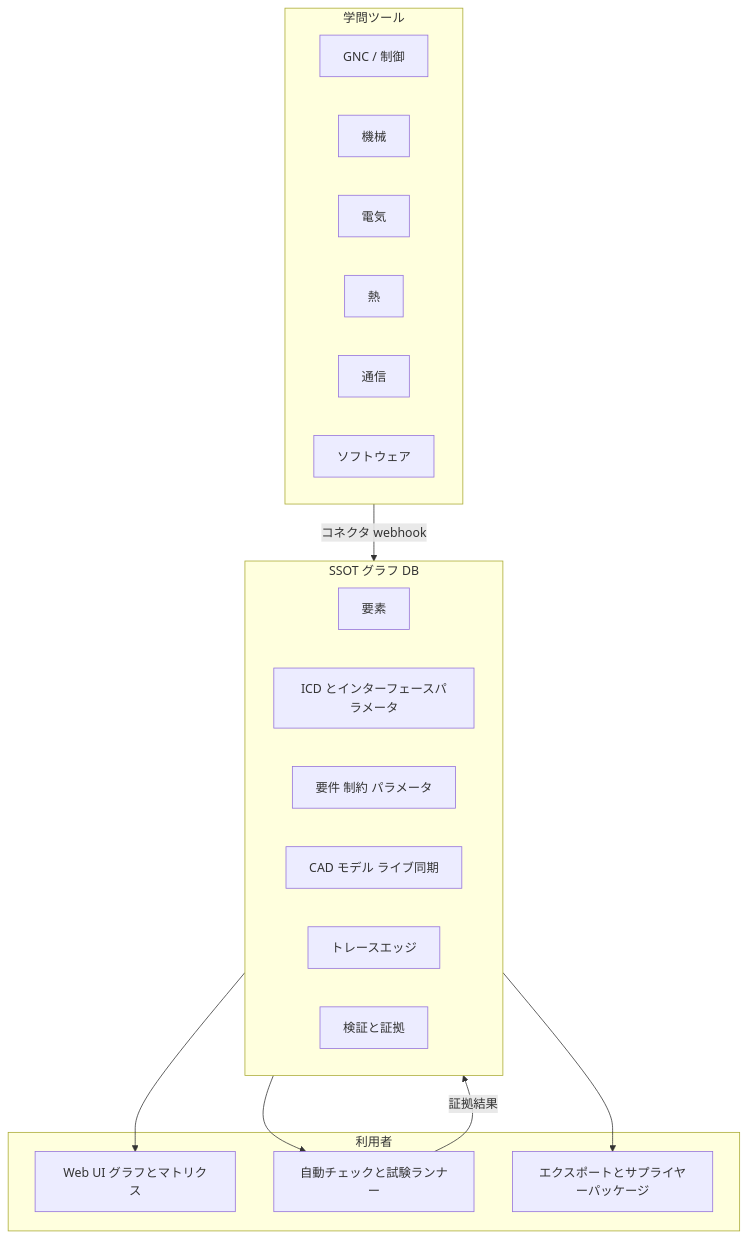
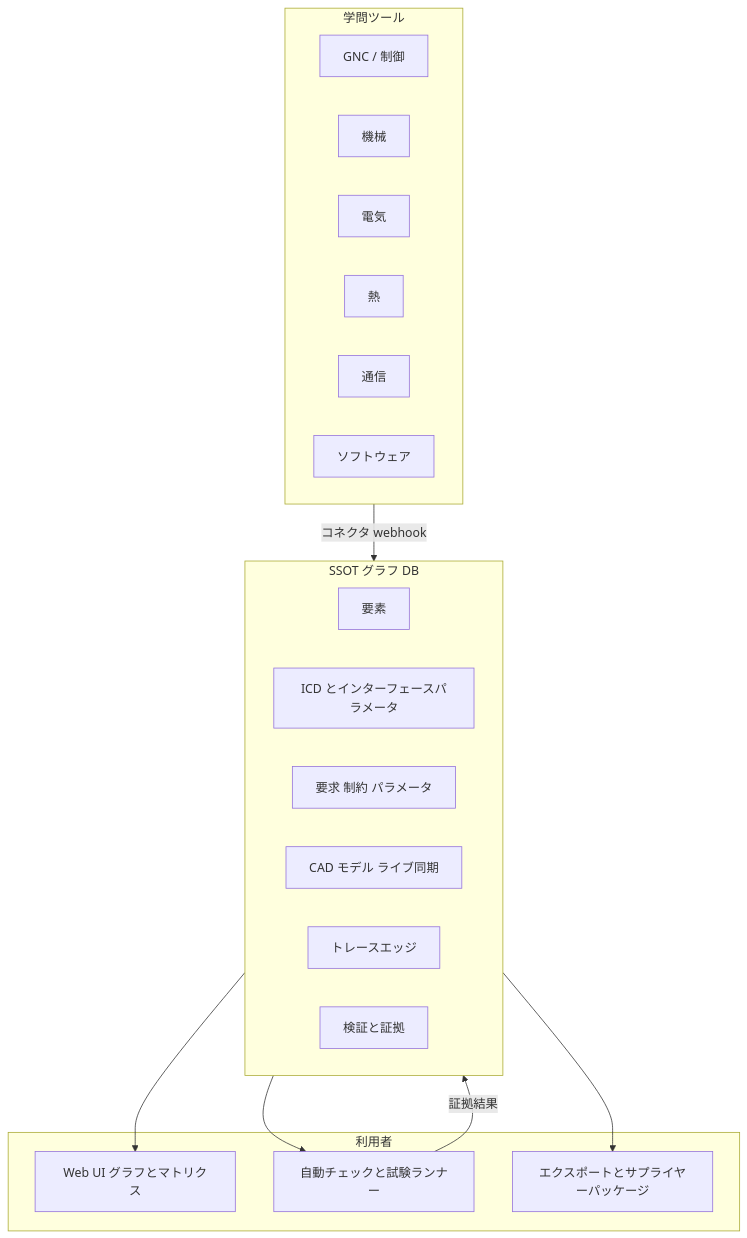
Before and after one commit to hirototamura/one-piece: the second of 6 diagrams in docs/INFORMATION_ARCHITECTURE.md, drawn with Mermaid. The commit also changed other lines of this file and 7 other files, not shown here.

````diff
--- a/docs/INFORMATION_ARCHITECTURE.md
+++ b/docs/INFORMATION_ARCHITECTURE.md
@@ -103,32 +103,32 @@
 ```mermaid
 flowchart TB
   subgraph tools [学問ツール]
     GNC[GNC / 制御]
     ME[機械]
     EE[電気]
     TH[熱]
     COM[通信]
     SW[ソフトウェア]
   end
 
   subgraph ssot [SSOT グラフ DB]
     EL[要素]
     ICD[ICD とインターフェースパラメータ]
-    REQ[要件 制約 パラメータ]
+    REQ[要求 制約 パラメータ]
     CAD[CAD モデル ライブ同期]
     TR[トレースエッジ]
     VV[検証と証拠]
   end
 
   subgraph consumers [利用者]
     UI[Web UI グラフとマトリクス]
     CI[自動チェックと試験ランナー]
     EXP[エクスポートとサプライヤーパッケージ]
   end
 
   tools -->|コネクタ webhook| ssot
   ssot --> UI
   ssot --> CI
   ssot --> EXP
   CI -->|証拠結果| ssot
 ```
````
